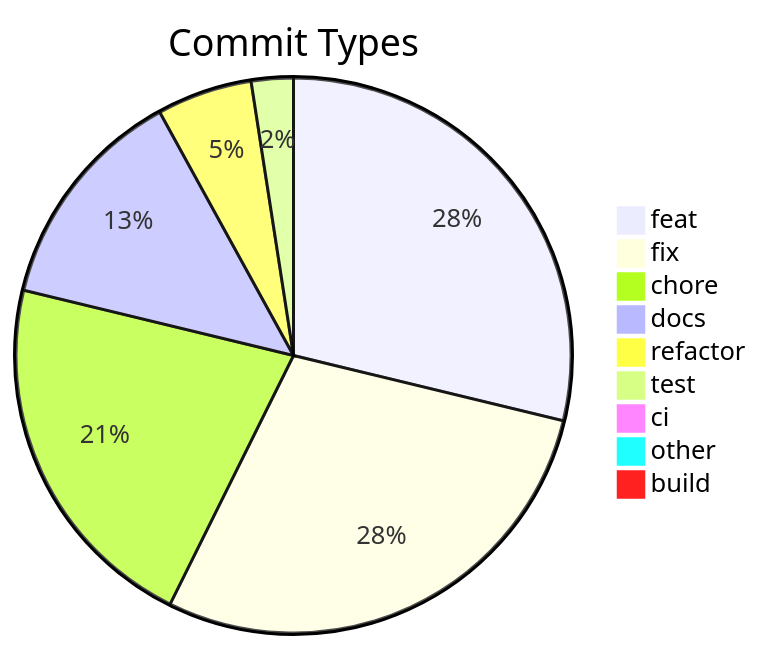
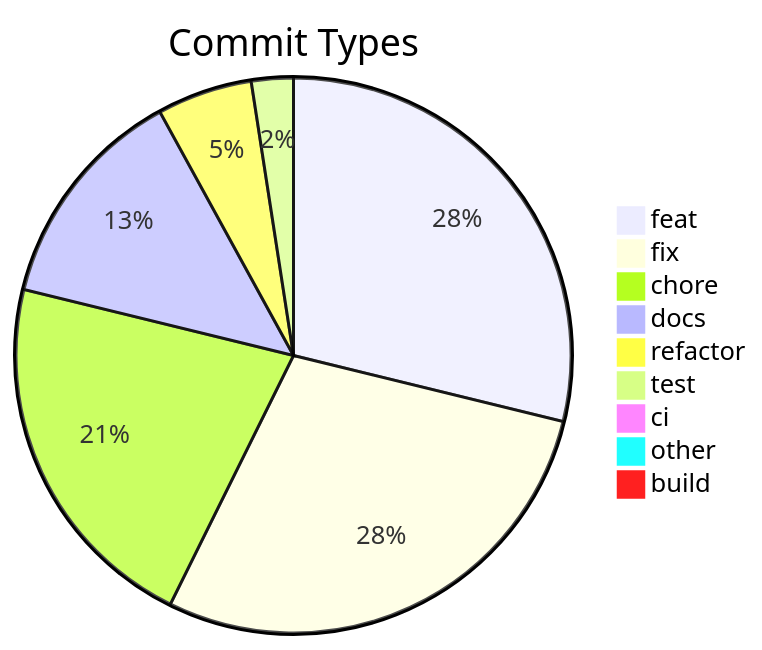
The diagram in .shipwright/compliance/change-history.md (svenroth-ai/shipwright), drawn with Mermaid before and after one commit. The commit also changed other lines of this file and 17 other files, not shown here.

````diff
--- a/.shipwright/compliance/change-history.md
+++ b/.shipwright/compliance/change-history.md
@@ -8,12 +8,12 @@
 ```mermaid
 pie title Commit Types
-    "feat" : 259
+    "feat" : 260
     "fix" : 257
-    "chore" : 193
+    "chore" : 194
     "docs" : 119
     "refactor" : 50
     "test" : 22
     "ci" : 7
     "other" : 7
     "build" : 1
 ```
````
